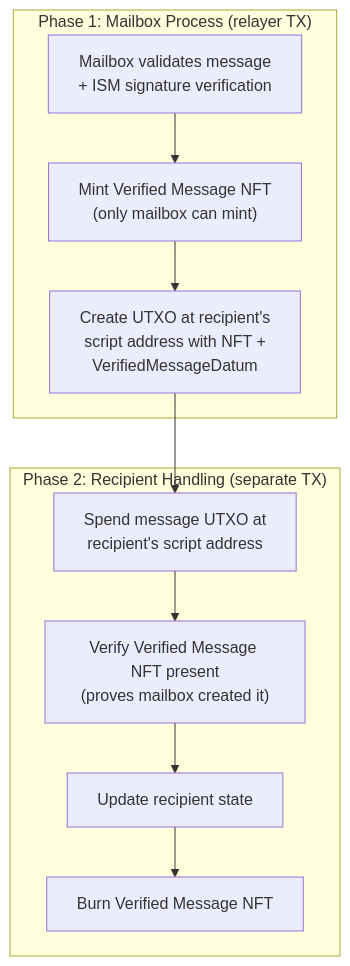
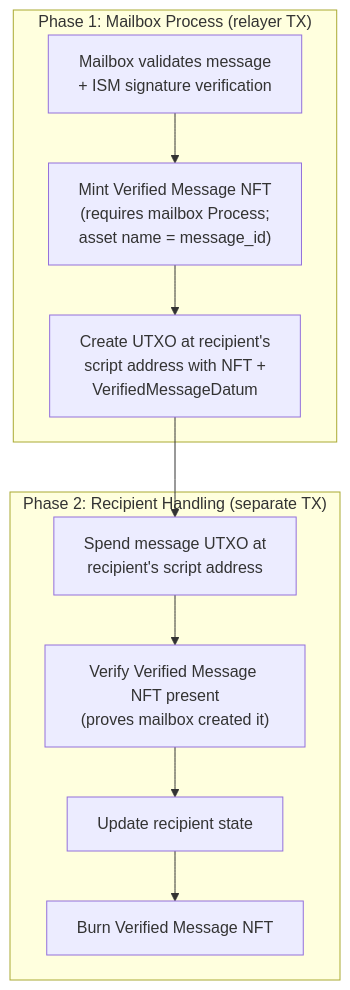
One commit to equilibriumco/hyperlane-monorepo changed diagram 11 of 11 in cardano/docs/CARDANO_GUIDE.md. Above: the diagram before and after it, drawn with Mermaid. The commit also changed other lines of this file, not shown here.

First line of the commit message:
docs(cardano): correct flow diagrams for warp redeemer and ISM binding

````diff
--- a/cardano/docs/CARDANO_GUIDE.md
+++ b/cardano/docs/CARDANO_GUIDE.md
@@ -499,22 +499,22 @@
 ```mermaid
 flowchart TB
     subgraph Phase1["Phase 1: Mailbox Process (relayer TX)"]
         MB["Mailbox validates message<br/>+ ISM signature verification"]
-        MINT["Mint Verified Message NFT<br/>(only mailbox can mint)"]
+        MINT["Mint Verified Message NFT<br/>(requires mailbox Process;<br/>asset name = message_id)"]
         STORE["Create UTXO at recipient's<br/>script address with NFT +<br/>VerifiedMessageDatum"]
     end
 
     subgraph Phase2["Phase 2: Recipient Handling (separate TX)"]
         READ["Spend message UTXO at<br/>recipient's script address"]
         VERIFY["Verify Verified Message NFT present<br/>(proves mailbox created it)"]
         PROCESS["Update recipient state"]
         BURN["Burn Verified Message NFT"]
     end
 
     MB --> MINT
     MINT --> STORE
     STORE --> READ
     READ --> VERIFY
     VERIFY --> PROCESS
     PROCESS --> BURN
 ```
````
